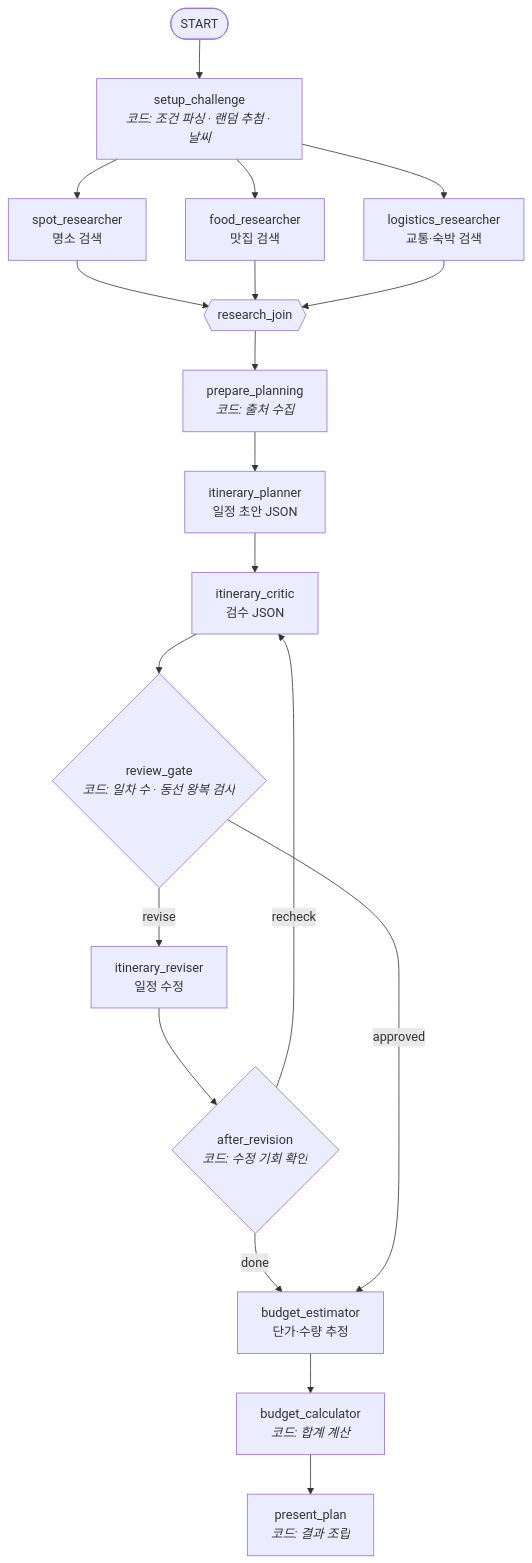
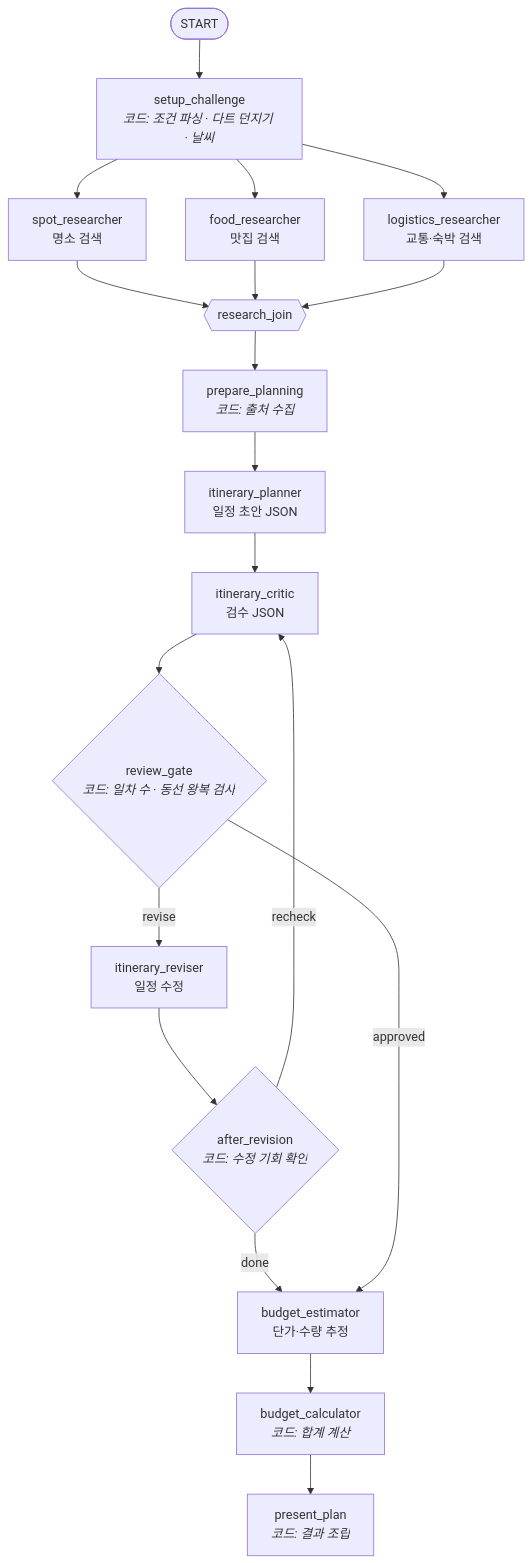
The diagram in README.md (baebokchii/kaggle_ai_agent_project), drawn with Mermaid before and after one commit. The commit also changed other lines of this file and 16 other files, not shown here.

````diff
--- a/README.md
+++ b/README.md
@@ -29,19 +29,19 @@
 ```mermaid
 flowchart TD
-    S([START]) --> A[setup_challenge<br/><i>코드: 조건 파싱 · 랜덤 추첨 · 날씨</i>]
+    S([START]) --> A[setup_challenge<br/><i>코드: 조건 파싱 · 다트 던지기 · 날씨</i>]
     A --> R1[spot_researcher<br/>명소 검색]
     A --> R2[food_researcher<br/>맛집 검색]
     A --> R3[logistics_researcher<br/>교통·숙박 검색]
     R1 & R2 & R3 --> J{{research_join}}
     J --> P0[prepare_planning<br/><i>코드: 출처 수집</i>]
     P0 --> P[itinerary_planner<br/>일정 초안 JSON]
     P --> C[itinerary_critic<br/>검수 JSON]
     C --> G{review_gate<br/><i>코드: 일차 수 · 동선 왕복 검사</i>}
     G -- revise --> V[itinerary_reviser<br/>일정 수정]
     V --> AR{after_revision<br/><i>코드: 수정 기회 확인</i>}
     AR -- recheck --> C
     AR -- done --> B
     G -- approved --> B[budget_estimator<br/>단가·수량 추정]
     B --> BC[budget_calculator<br/><i>코드: 합계 계산</i>]
     BC --> O[present_plan<br/><i>코드: 결과 조립</i>]
 ```
````
